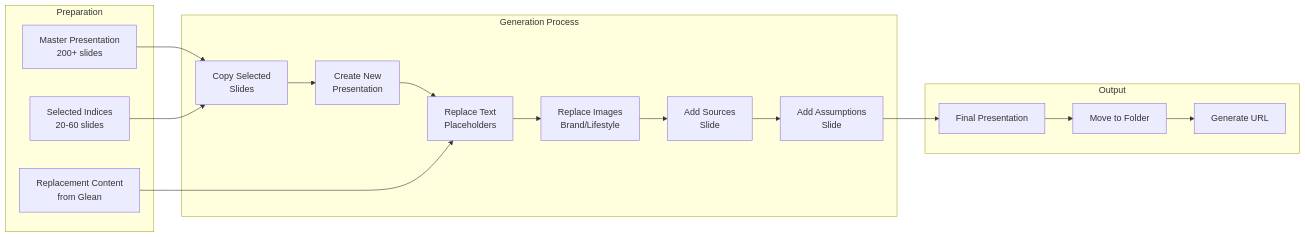
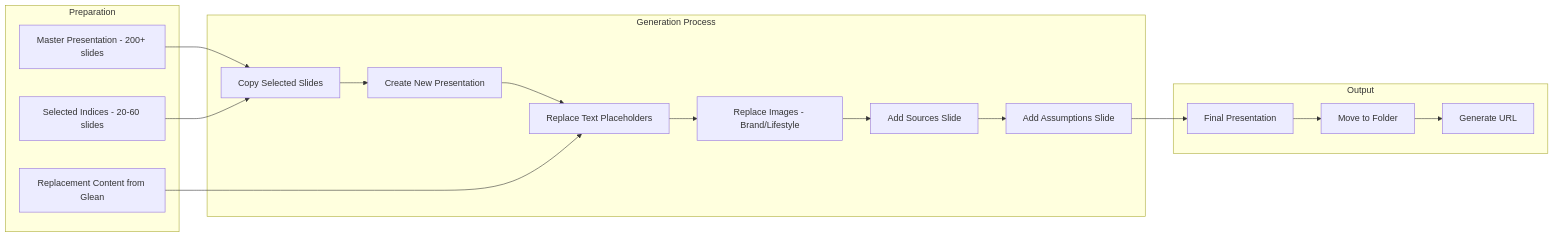
Before and after one commit to ethansammiq/slide_deck_glean_integration: the seventh of 10 diagrams in SYSTEM_FLOW_DOCUMENTATION.md, drawn with Mermaid. The commit also changed other lines of this file, not shown here.

First line of the commit message:
fix: Fix Mermaid diagram syntax for GitHub compatibility

````diff
--- a/SYSTEM_FLOW_DOCUMENTATION.md
+++ b/SYSTEM_FLOW_DOCUMENTATION.md
@@ -272,35 +272,35 @@
 ```mermaid
 flowchart LR
     subgraph "Preparation"
-        MP[Master Presentation<br/>200+ slides]
-        SI[Selected Indices<br/>20-60 slides]
-        RC[Replacement Content<br/>from Glean]
+        MP["Master Presentation - 200+ slides"]
+        SI["Selected Indices - 20-60 slides"]
+        RC["Replacement Content from Glean"]
     end
     
     subgraph "Generation Process"
-        NP[Create New<br/>Presentation]
-        CS[Copy Selected<br/>Slides]
-        RT[Replace Text<br/>Placeholders]
-        RI[Replace Images<br/>Brand/Lifestyle]
-        AS[Add Sources<br/>Slide]
-        AA[Add Assumptions<br/>Slide]
+        NP["Create New Presentation"]
+        CS["Copy Selected Slides"]
+        RT["Replace Text Placeholders"]
+        RI["Replace Images - Brand/Lifestyle"]
+        AS["Add Sources Slide"]
+        AA["Add Assumptions Slide"]
     end
     
     subgraph "Output"
         FP[Final Presentation]
         MV[Move to Folder]
         GU[Generate URL]
     end
     
     MP --> CS
     SI --> CS
     CS --> NP
     NP --> RT
     RC --> RT
     RT --> RI
     RI --> AS
     AS --> AA
     AA --> FP
     FP --> MV
     MV --> GU
 ```
````
